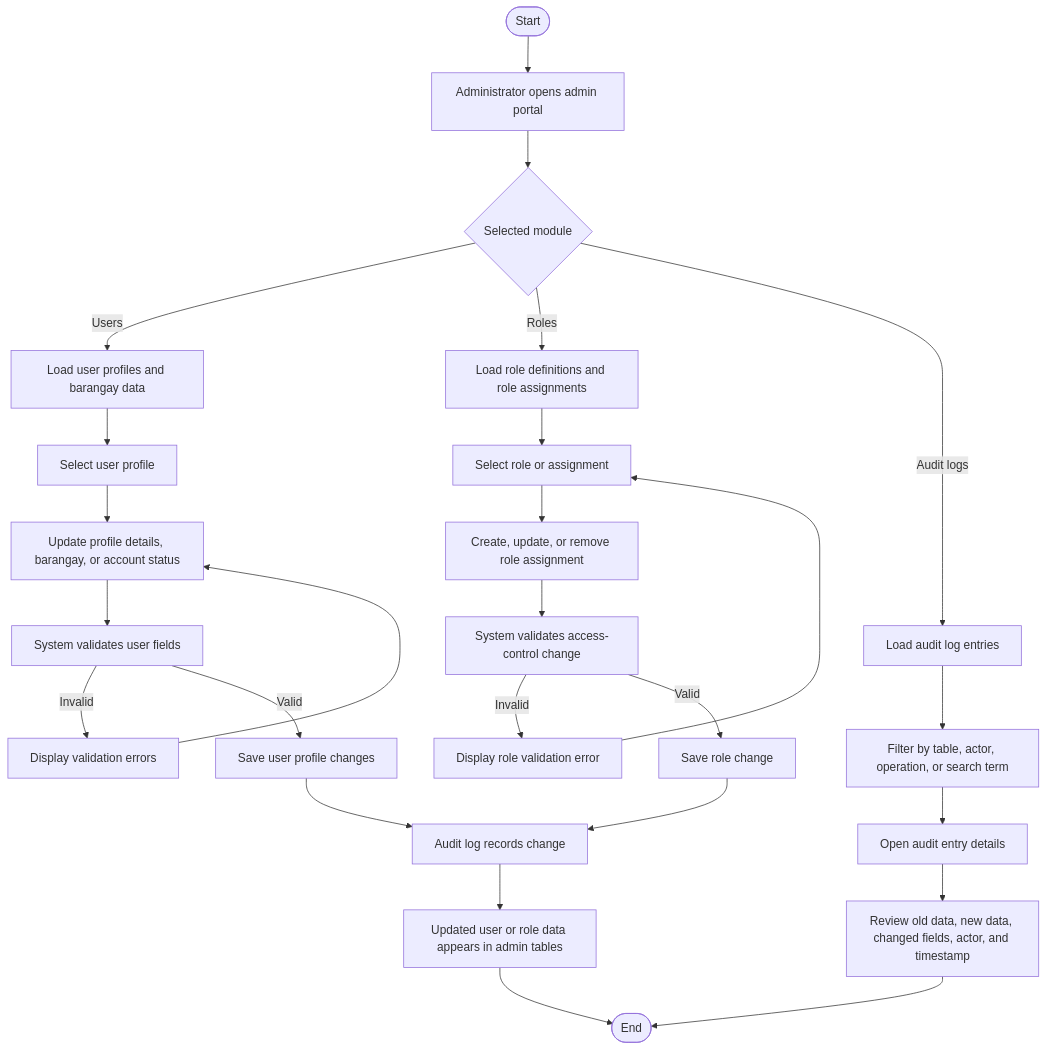
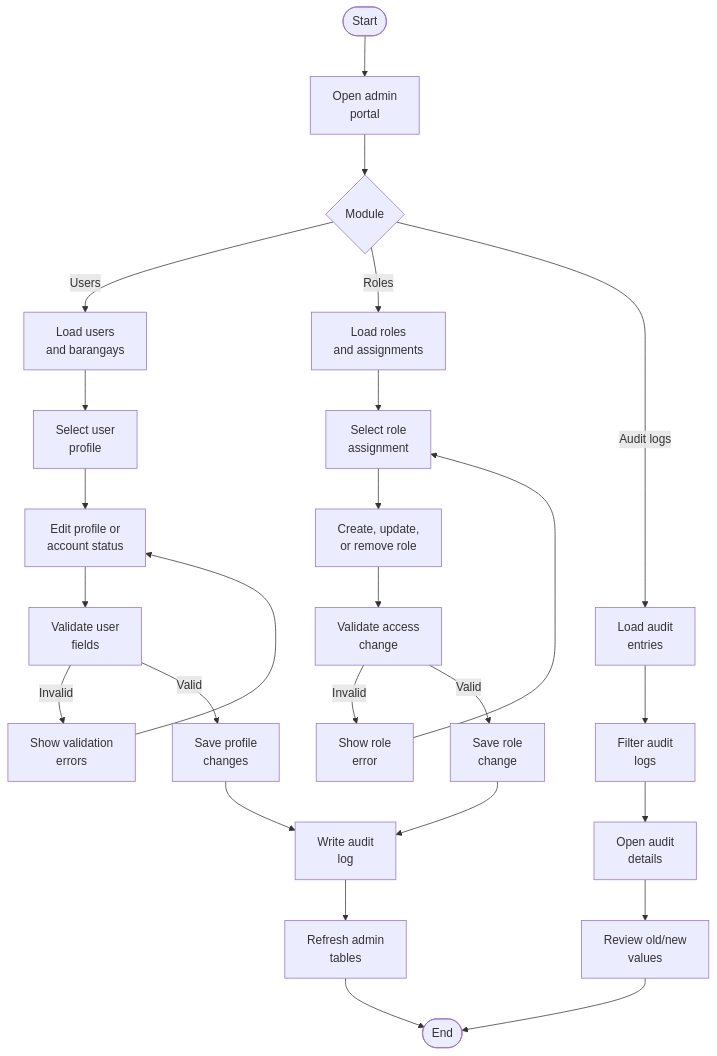
One commit to txiaoqt/activity_diagram changed the seventh of 7 diagrams in 3.2.1-Activity-Diagram.md. Above: the diagram before and after it, drawn with Mermaid. The commit also changed other lines of this file, not shown here.

Commit message:
Improve activity diagram readability

````diff
--- a/3.2.1-Activity-Diagram.md
+++ b/3.2.1-Activity-Diagram.md
@@ -185,28 +189,29 @@
 ```mermaid
+%%{init: {"flowchart": {"htmlLabels": true, "nodeSpacing": 50, "rankSpacing": 55}} }%%
 flowchart TD
-    A([Start]) --> B[Administrator opens admin portal]
-    B --> C{Selected module}
-    C -- Users --> D[Load user profiles and barangay data]
-    C -- Roles --> E[Load role definitions and role assignments]
-    C -- Audit logs --> F[Load audit log entries]
-    D --> G[Select user profile]
-    G --> H[Update profile details, barangay, or account status]
-    H --> I[System validates user fields]
-    I -- Invalid --> J[Display validation errors]
+    A([Start]) --> B["Open admin<br/>portal"]
+    B --> C{"Module"}
+    C -- Users --> D["Load users<br/>and barangays"]
+    C -- Roles --> E["Load roles<br/>and assignments"]
+    C -- Audit logs --> F["Load audit<br/>entries"]
+    D --> G["Select user<br/>profile"]
+    G --> H["Edit profile or<br/>account status"]
+    H --> I["Validate user<br/>fields"]
+    I -- Invalid --> J["Show validation<br/>errors"]
     J --> H
-    I -- Valid --> K[Save user profile changes]
-    E --> L[Select role or assignment]
-    L --> M[Create, update, or remove role assignment]
-    M --> N[System validates access-control change]
-    N -- Invalid --> O[Display role validation error]
+    I -- Valid --> K["Save profile<br/>changes"]
+    E --> L["Select role<br/>assignment"]
+    L --> M["Create, update,<br/>or remove role"]
+    M --> N["Validate access<br/>change"]
+    N -- Invalid --> O["Show role<br/>error"]
     O --> L
-    N -- Valid --> P[Save role change]
-    K --> Q[Audit log records change]
+    N -- Valid --> P["Save role<br/>change"]
+    K --> Q["Write audit<br/>log"]
     P --> Q
-    F --> R[Filter by table, actor, operation, or search term]
-    R --> S[Open audit entry details]
-    S --> T[Review old data, new data, changed fields, actor, and timestamp]
-    Q --> U[Updated user or role data appears in admin tables]
+    F --> R["Filter audit<br/>logs"]
+    R --> S["Open audit<br/>details"]
+    S --> T["Review old/new<br/>values"]
+    Q --> U["Refresh admin<br/>tables"]
     T --> V([End])
     U --> V
 ```
````
